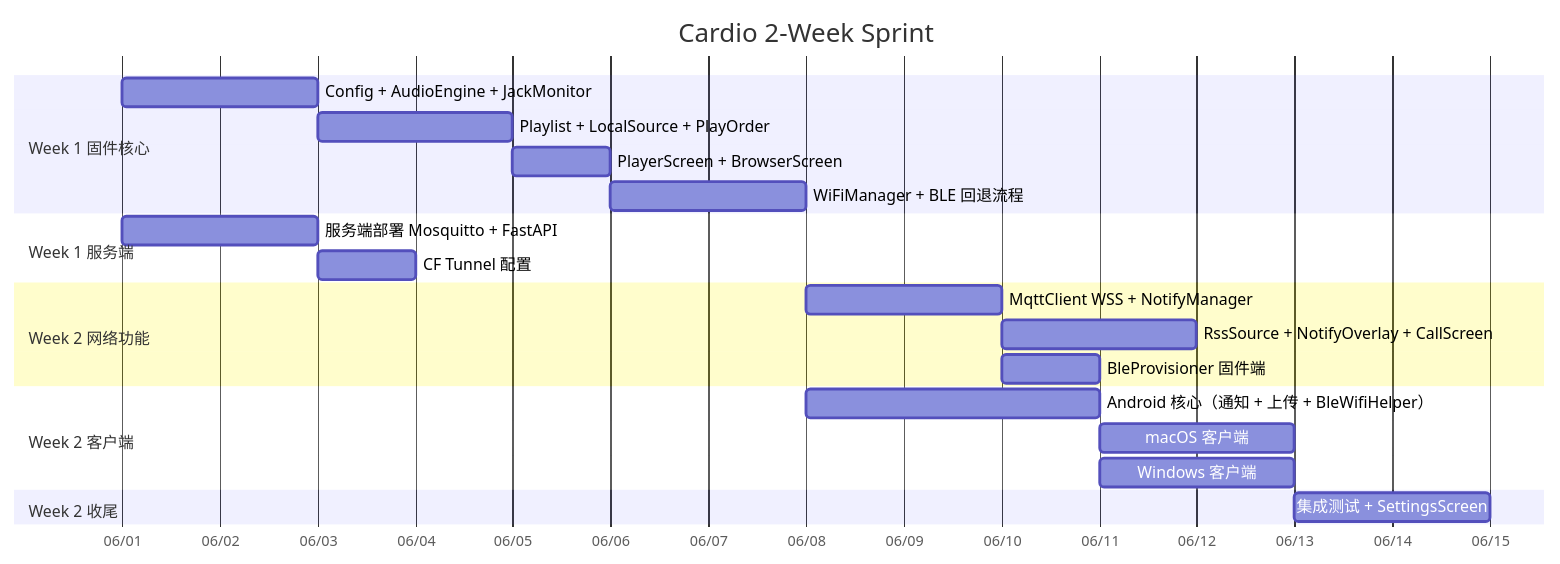
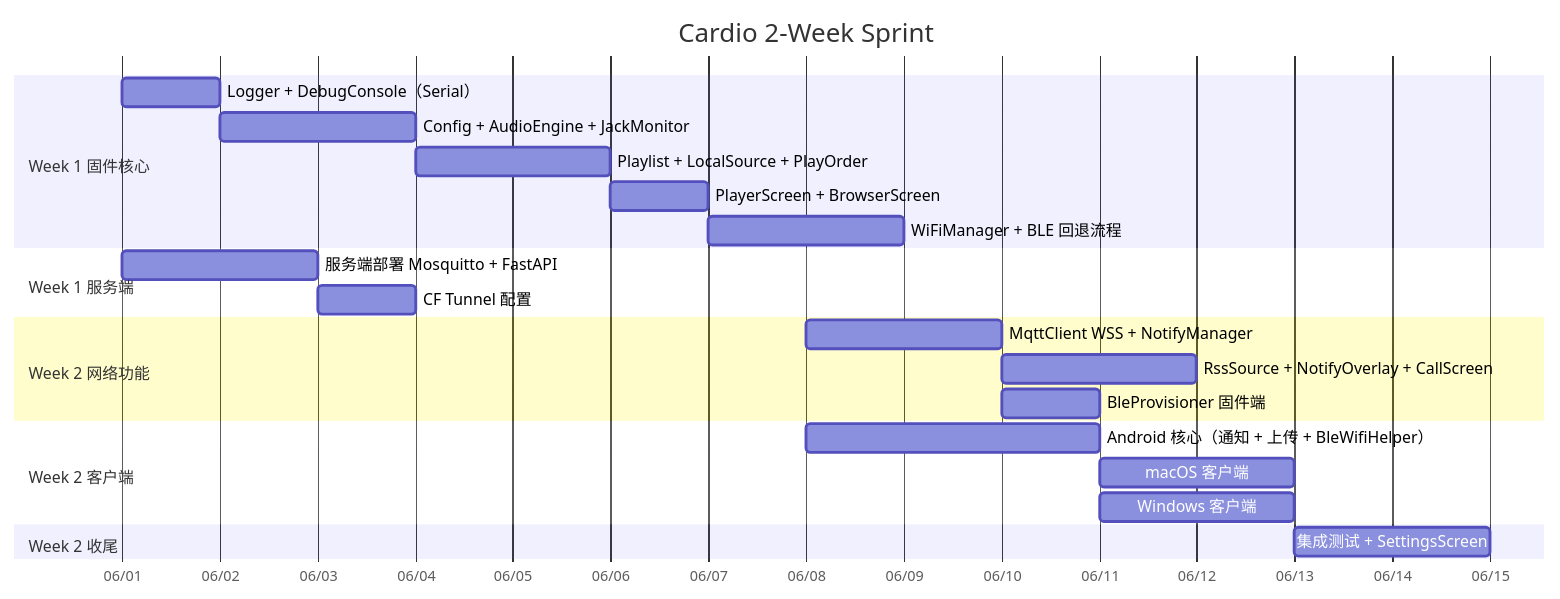
The diagram in Cardio/PLAN.md (ZUENS2020/Cardio), drawn with Mermaid before and after one commit. The commit also changed other lines of this file, not shown here.

````diff
--- a/Cardio/PLAN.md
+++ b/Cardio/PLAN.md
@@ -64,29 +66,30 @@
 ```mermaid
 gantt
     title Cardio 2-Week Sprint
     dateFormat  YYYY-MM-DD
     axisFormat  %m/%d
 
     section Week 1 固件核心
-    Config + AudioEngine + JackMonitor   :w1a, 2026-06-01, 2d
+    Logger + DebugConsole（Serial）      :w1a0, 2026-06-01, 1d
+    Config + AudioEngine + JackMonitor   :w1a, after w1a0, 2d
     Playlist + LocalSource + PlayOrder   :w1b, after w1a, 2d
     PlayerScreen + BrowserScreen         :w1c, after w1b, 1d
     WiFiManager + BLE 回退流程           :w1d, after w1c, 2d
 
     section Week 1 服务端
     服务端部署 Mosquitto + FastAPI        :s1, 2026-06-01, 2d
     CF Tunnel 配置                       :s2, after s1, 1d
 
     section Week 2 网络功能
     MqttClient WSS + NotifyManager       :w2a, 2026-06-08, 2d
     RssSource + NotifyOverlay + CallScreen :w2b, after w2a, 2d
     BleProvisioner 固件端                :w2c, after w2a, 1d
 
     section Week 2 客户端
     Android 核心（通知 + 上传 + BleWifiHelper） :a1, 2026-06-08, 3d
     macOS 客户端                         :m1, after a1, 2d
     Windows 客户端                       :win1, after a1, 2d
 
     section Week 2 收尾
     集成测试 + SettingsScreen            :t1, 2026-06-13, 2d
 ```
````
